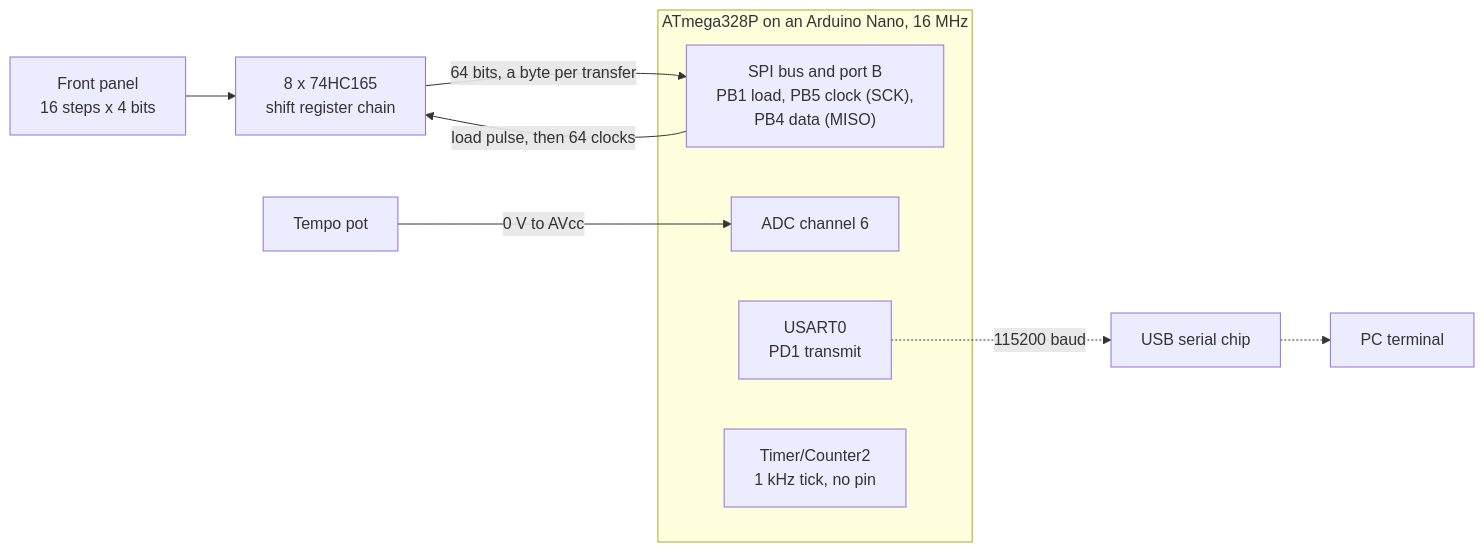
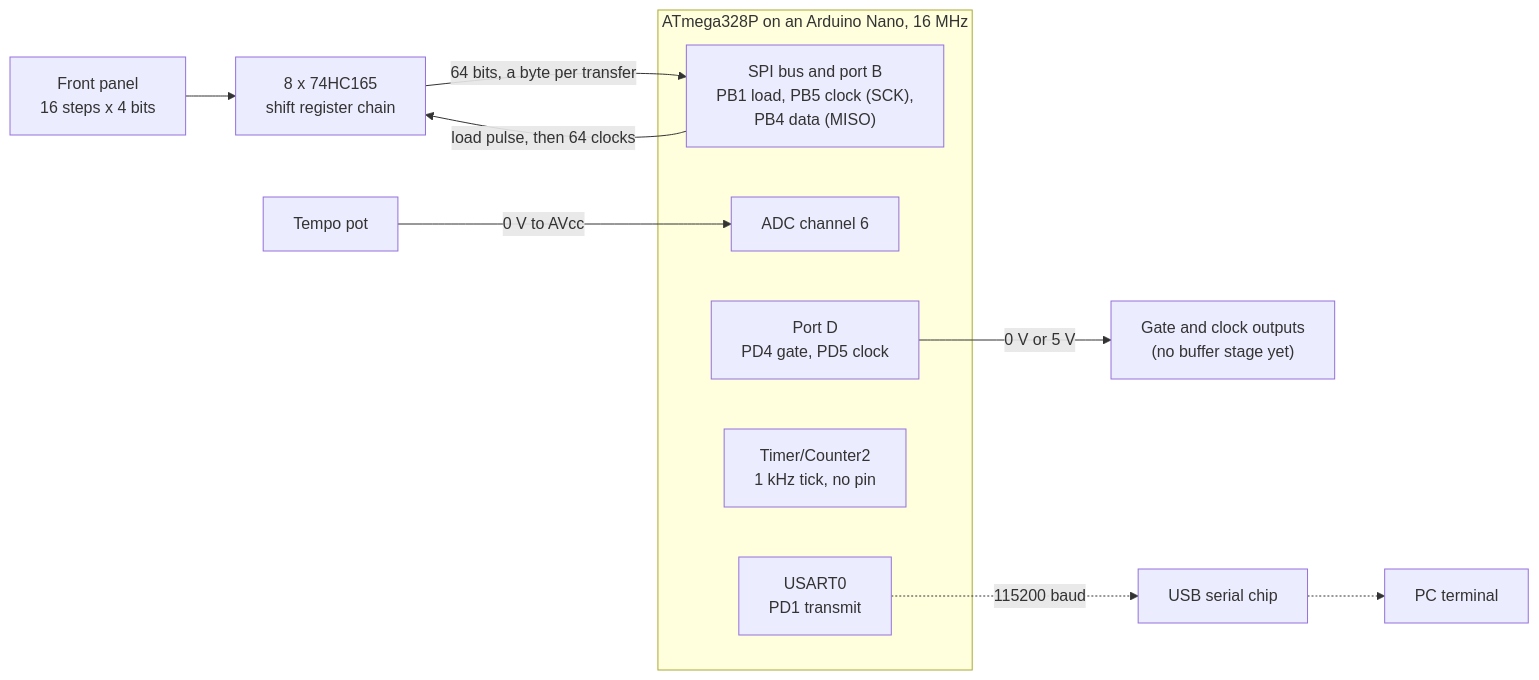
The first of 20 diagrams in docs/ARCHITECTURE.md (BonelessPig/nano_sequencer), drawn with Mermaid before and after one commit. The commit also changed other lines of this file and 33 other files, not shown here.

First line of the commit message:
Phase 3: gate and clock outputs

````diff
--- a/docs/ARCHITECTURE.md
+++ b/docs/ARCHITECTURE.md
@@ -28,16 +28,18 @@
 ```mermaid
 flowchart LR
     panel["Front panel<br/>16 steps x 4 bits"] --> chain["8 x 74HC165<br/>shift register chain"]
     pot["Tempo pot"]
     subgraph mcu["ATmega328P on an Arduino Nano, 16 MHz"]
         gpio["SPI bus and port B<br/>PB1 load, PB5 clock (SCK),<br/>PB4 data (MISO)"]
         adc["ADC channel 6"]
         usart["USART0<br/>PD1 transmit"]
         timer["Timer/Counter2<br/>1 kHz tick, no pin"]
+        outs["Port D<br/>PD4 gate, PD5 clock"]
     end
+    outs -->|"0 V or 5 V"| jacks["Gate and clock outputs<br/>(no buffer stage yet)"]
     gpio -->|"load pulse, then 64 clocks"| chain
     chain -->|"64 bits, a byte per transfer"| gpio
     pot -->|"0 V to AVcc"| adc
     usart -.->|"115200 baud"| usb["USB serial chip"]
     usb -.-> pc["PC terminal"]
 ```
````
